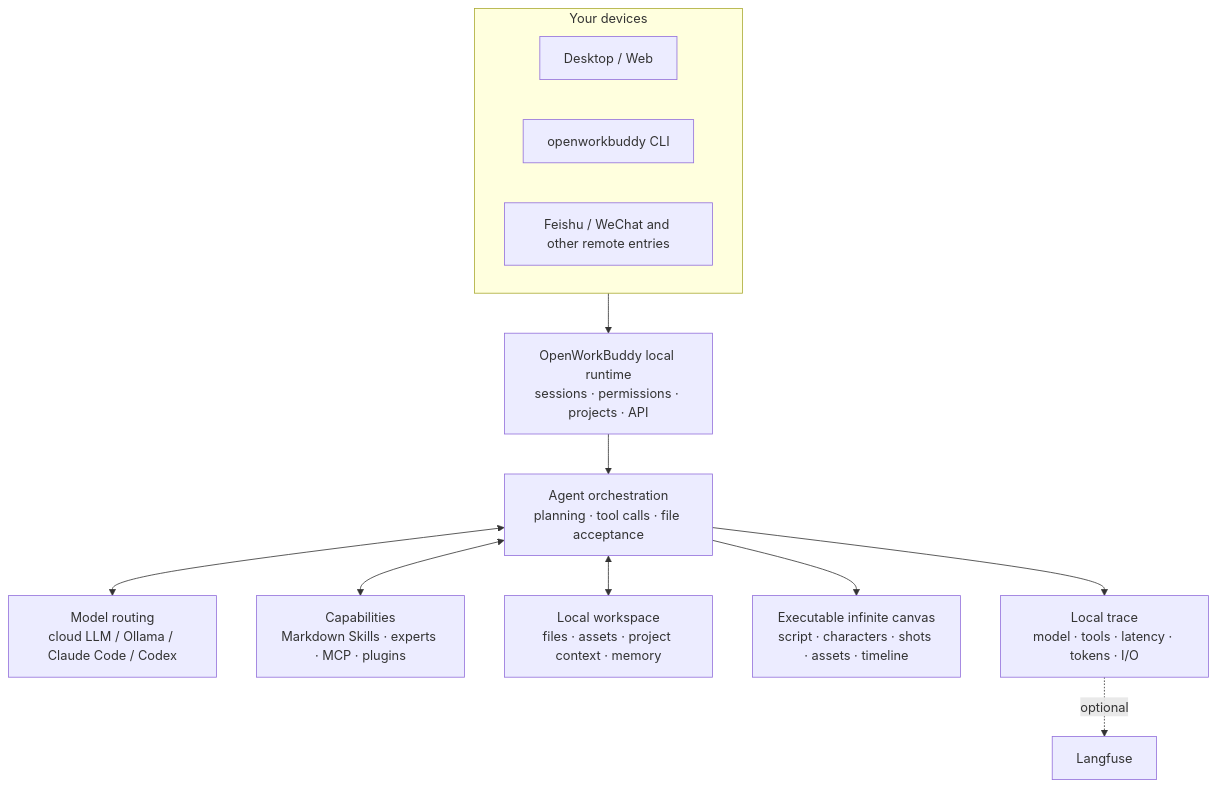
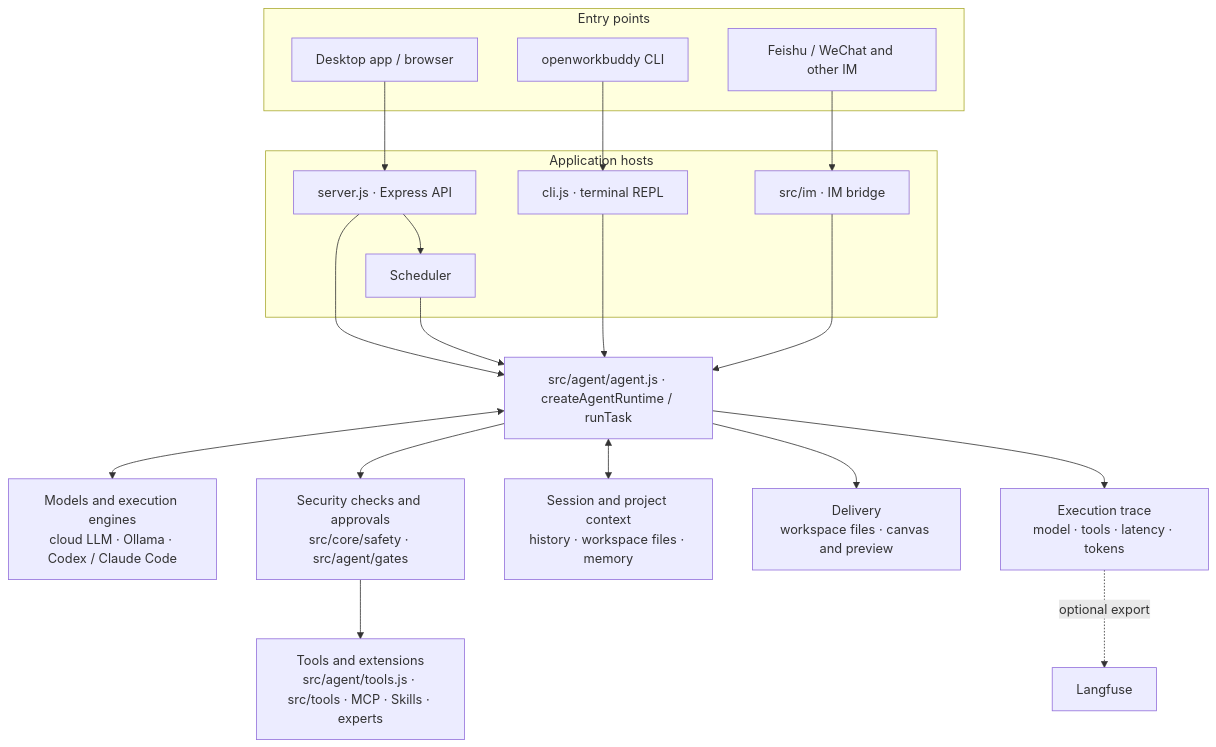
The diagram in README.en.md (BradPita/openworkbuddy), drawn with Mermaid before and after one commit. The commit also changed other lines of this file and 1 other file, not shown here.

Commit message:
Document verified runtime architecture

````diff
--- a/README.en.md
+++ b/README.en.md
@@ -250,17 +250,32 @@
 ```mermaid
 flowchart TB
- subgraph Entry["Your devices"]
- Desktop["Desktop / Web"]
+ subgraph Clients["Entry points"]
+ Desktop["Desktop app / browser"]
  CLI["openworkbuddy CLI"]
- IM["Feishu / WeChat and other remote entries"]
+ IM["Feishu / WeChat and other IM"]
  end
 
- Entry --> Runtime["OpenWorkBuddy local runtime\nsessions · permissions · projects · API"]
- Runtime --> Agent["Agent orchestration\nplanning · tool calls · file acceptance"]
- Agent <--> Models["Model routing\ncloud LLM / Ollama / Claude Code / Codex"]
- Agent <--> Capabilities["Capabilities\nMarkdown Skills · experts · MCP · plugins"]
- Agent <--> Workspace["Local workspace\nfiles · assets · project context · memory"]
- Agent --> Canvas["Executable infinite canvas\nscript · characters · shots · assets · timeline"]
- Agent --> Trace["Local trace\nmodel · tools · latency · tokens · I/O"]
- Trace -. optional .-> Langfuse["Langfuse"]
+ subgraph Hosts["Application hosts"]
+ WebHost["server.js · Express API"]
+ CliHost["cli.js · terminal REPL"]
+ ImHost["src/im · IM bridge"]
+ Schedule["Scheduler"]
+ end
+
+ Desktop --> WebHost
+ CLI --> CliHost
+ IM --> ImHost
+ WebHost --> Runtime["src/agent/agent.js · createAgentRuntime / runTask"]
+ CliHost --> Runtime
+ ImHost --> Runtime
+ WebHost --> Schedule
+ Schedule --> Runtime
+
+ Runtime <--> Models["Models and execution engines\ncloud LLM · Ollama · Codex / Claude Code"]
+ Runtime --> Gates["Security checks and approvals\nsrc/core/safety · src/agent/gates"]
+ Gates --> Tools["Tools and extensions\nsrc/agent/tools.js · src/tools · MCP · Skills · experts"]
+ Runtime <--> Context["Session and project context\nhistory · workspace files · memory"]
+ Runtime --> Deliver["Delivery\nworkspace files · canvas and preview"]
+ Runtime --> Trace["Execution trace\nmodel · tools · latency · tokens"]
+ Trace -. optional export .-> Langfuse["Langfuse"]
 ```
````
